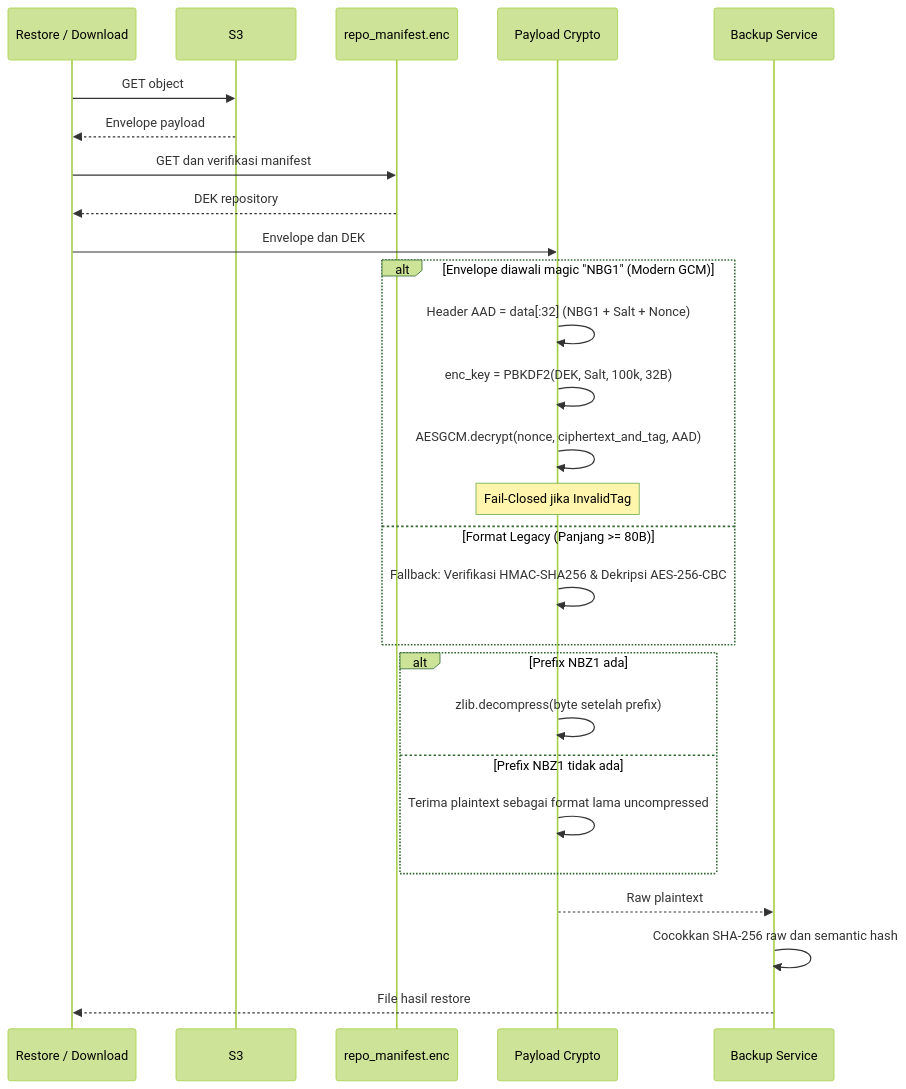
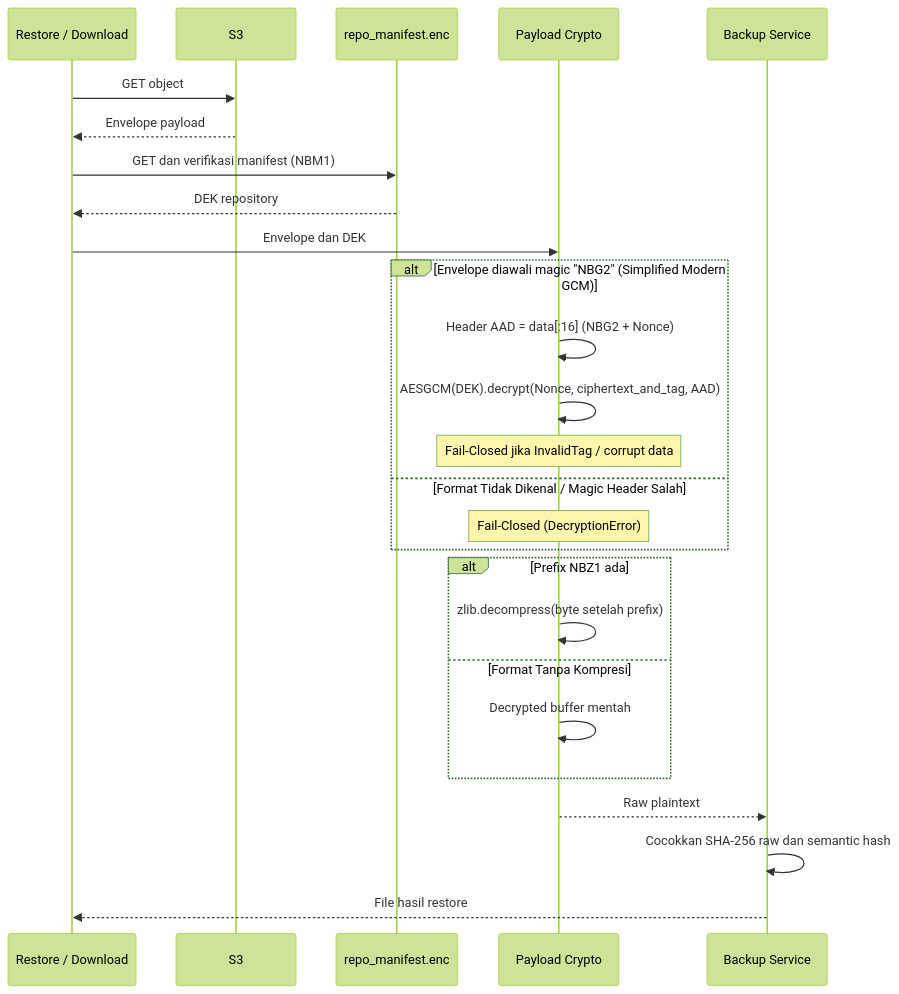
Before and after one commit to NugrohoAdySusanto/network-backup: the second of 2 diagrams in docs/03-design/enkripsi-backup-s3.md, drawn with Mermaid (forest theme). The commit also changed other lines of this file and 9 other files, not shown here.

Commit message:
refactor: migrate manifest, payload, and vault crypto modules to AES-256-GCM AEAD

````diff
--- a/docs/03-design/enkripsi-backup-s3.md
+++ b/docs/03-design/enkripsi-backup-s3.md
@@ -115,30 +103,29 @@
 ```mermaid
 sequenceDiagram
     participant U as Restore / Download
     participant S as S3
     participant M as repo_manifest.enc
     participant C as Payload Crypto
     participant W as Backup Service
 
     U->>S: GET object
     S-->>U: Envelope payload
-    U->>M: GET dan verifikasi manifest
+    U->>M: GET dan verifikasi manifest (NBM1)
     M-->>U: DEK repository
     U->>C: Envelope dan DEK
-    alt Envelope diawali magic "NBG1" (Modern GCM)
-        C->>C: Header AAD = data[:32] (NBG1 + Salt + Nonce)
-        C->>C: enc_key = PBKDF2(DEK, Salt, 100k, 32B)
-        C->>C: AESGCM.decrypt(nonce, ciphertext_and_tag, AAD)
-        Note over C: Fail-Closed jika InvalidTag
-    else Format Legacy (Panjang >= 80B)
-        C->>C: Fallback: Verifikasi HMAC-SHA256 & Dekripsi AES-256-CBC
+    alt Envelope diawali magic "NBG2" (Simplified Modern GCM)
+        C->>C: Header AAD = data[:16] (NBG2 + Nonce)
+        C->>C: AESGCM(DEK).decrypt(Nonce, ciphertext_and_tag, AAD)
+        Note over C: Fail-Closed jika InvalidTag / corrupt data
+    else Format Tidak Dikenal / Magic Header Salah
+        Note over C: Fail-Closed (DecryptionError)
     end
     alt Prefix NBZ1 ada
         C->>C: zlib.decompress(byte setelah prefix)
-    else Prefix NBZ1 tidak ada
-        C->>C: Terima plaintext sebagai format lama uncompressed
+    else Format Tanpa Kompresi
+        C->>C: Decrypted buffer mentah
     end
     C-->>W: Raw plaintext
     W->>W: Cocokkan SHA-256 raw dan semantic hash
     W-->>U: File hasil restore
 ```
````
